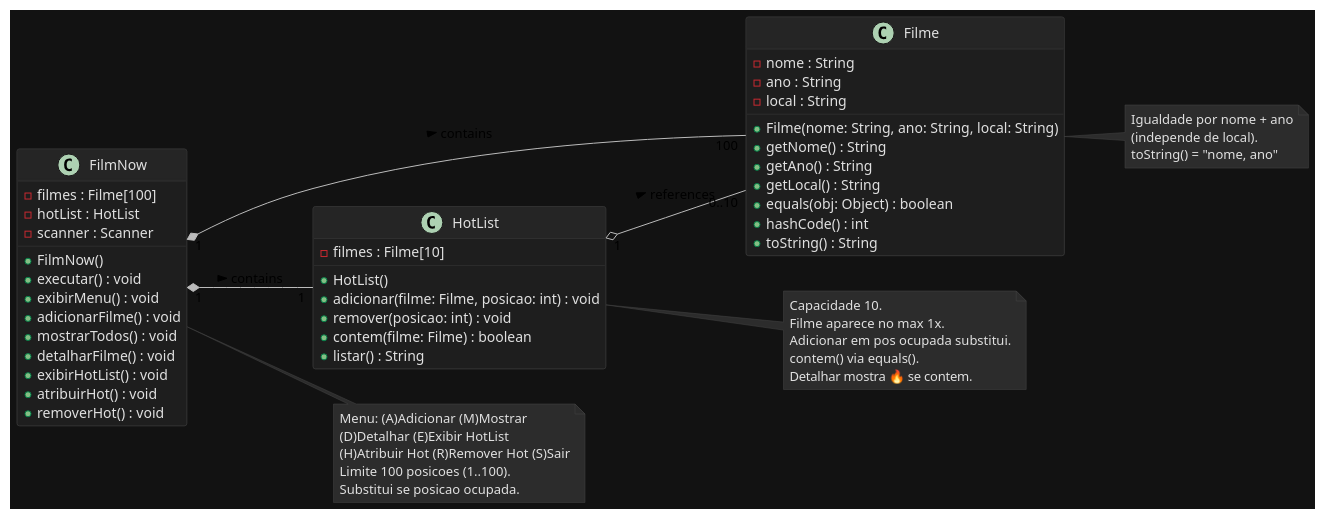
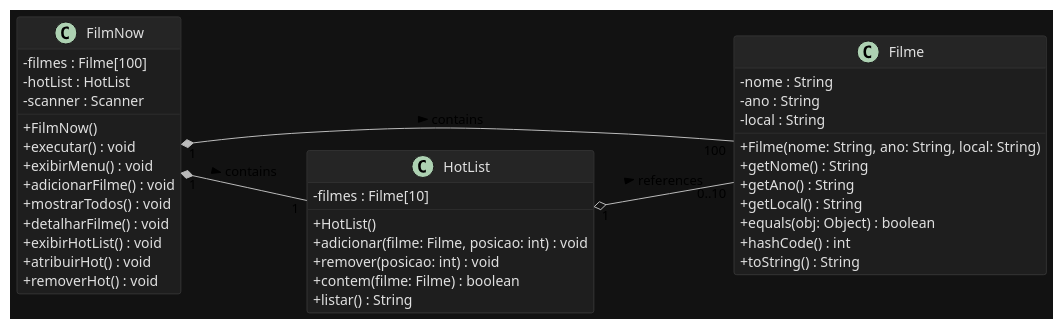
Before and after one commit to juliovlpsp-commits/LAB03: the diagram in docs/FilmNow_UML.puml, drawn with PlantUML. The commit also changed 1 other file, not shown here.

```diff
--- a/docs/FilmNow_UML.puml
+++ b/docs/FilmNow_UML.puml
@@ -1,78 +1,55 @@
 @startuml FilmNow
 left to right direction
 skinparam backgroundColor #121212
 skinparam shadowing false
 skinparam ArrowColor #BBBBBB
 skinparam ClassBackgroundColor #1E1E1E
 skinparam ClassBorderColor #3A3A3A
 skinparam ClassFontColor #E0E0E0
 skinparam ClassAttributeFontColor #E0E0E0
 skinparam ClassStereotypeFontColor #90CAF9
 skinparam ClassHeaderBackgroundColor #252525
-skinparam NoteBackgroundColor #2C2C2C
-skinparam NoteBorderColor #444444
-skinparam NoteFontColor #E0E0E0
+skinparam PackageBackgroundColor #121212
+skinparam classAttributeIconSize 0
 
 class FilmNow {
   - filmes : Filme[100]
   - hotList : HotList
   - scanner : Scanner
   + FilmNow()
   + executar() : void
   + exibirMenu() : void
   + adicionarFilme() : void
   + mostrarTodos() : void
   + detalharFilme() : void
   + exibirHotList() : void
   + atribuirHot() : void
   + removerHot() : void
 }
 
 class Filme {
   - nome : String
   - ano : String
   - local : String
   + Filme(nome: String, ano: String, local: String)
   + getNome() : String
   + getAno() : String
   + getLocal() : String
   + equals(obj: Object) : boolean
   + hashCode() : int
   + toString() : String
 }
 
 class HotList {
   - filmes : Filme[10]
   + HotList()
   + adicionar(filme: Filme, posicao: int) : void
   + remover(posicao: int) : void
   + contem(filme: Filme) : boolean
   + listar() : String
 }
 
 FilmNow "1" *-- "100" Filme : contains >
 FilmNow "1" *-- "1" HotList : contains >
 HotList "1" o-- "0..10" Filme : references >
-
-note right of FilmNow
-  Menu: (A)Adicionar (M)Mostrar
-  (D)Detalhar (E)Exibir HotList
-  (H)Atribuir Hot (R)Remover Hot (S)Sair
-  Limite 100 posicoes (1..100).
-  Substitui se posicao ocupada.
-end note
-
-note right of Filme
-  Igualdade por nome + ano
-  (independe de local).
-  toString() = "nome, ano"
-end note
-
-note right of HotList
-  Capacidade 10.
-  Filme aparece no max 1x.
-  Adicionar em pos ocupada substitui.
-  contem() via equals().
-  Detalhar mostra 🔥 se contem.
-end note
 @enduml
```
